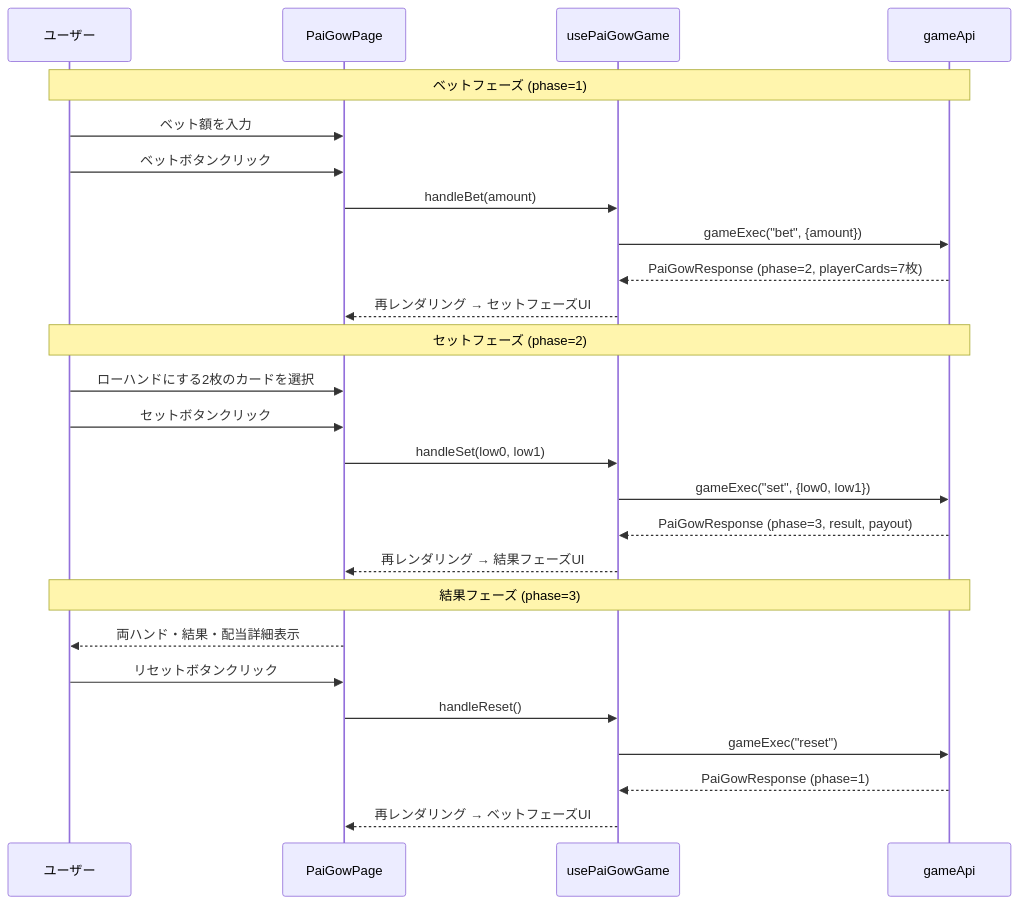
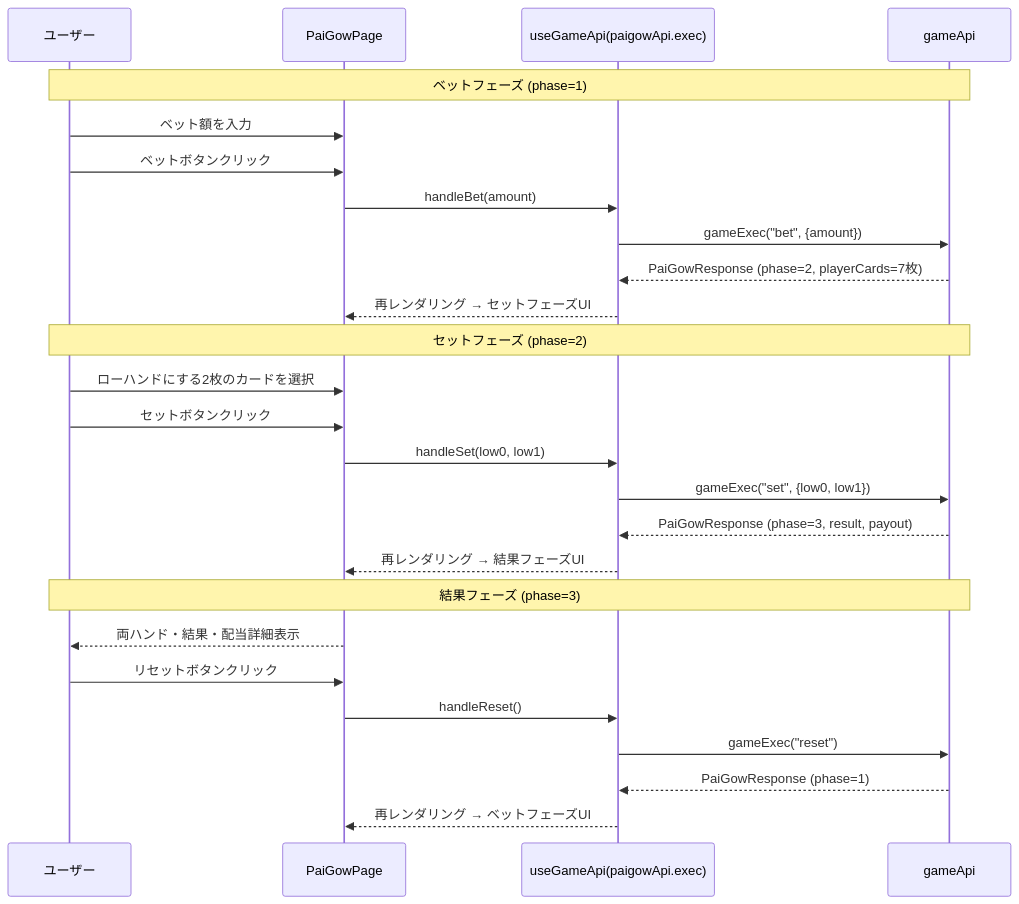
One commit to yuta-yoshinaga/go_trumpcards changed diagram 27 of 49 in docs/design/frontend.md. Above: the diagram before and after it, drawn with Mermaid. The commit also changed other lines of this file and 12 other files, not shown here.

````diff
--- a/docs/design/frontend.md
+++ b/docs/design/frontend.md
@@ -2692,31 +2652,31 @@
 ```mermaid
 sequenceDiagram
     participant User as ユーザー
     participant Page as PaiGowPage
-    participant Hook as usePaiGowGame
+    participant Hook as useGameApi(paigowApi.exec)
     participant API as gameApi
 
     Note over User,API: ベットフェーズ (phase=1)
     User->>Page: ベット額を入力
     User->>Page: ベットボタンクリック
     Page->>Hook: handleBet(amount)
     Hook->>API: gameExec("bet", {amount})
     API-->>Hook: PaiGowResponse (phase=2, playerCards=7枚)
     Hook-->>Page: 再レンダリング → セットフェーズUI
 
     Note over User,API: セットフェーズ (phase=2)
     User->>Page: ローハンドにする2枚のカードを選択
     User->>Page: セットボタンクリック
     Page->>Hook: handleSet(low0, low1)
     Hook->>API: gameExec("set", {low0, low1})
     API-->>Hook: PaiGowResponse (phase=3, result, payout)
     Hook-->>Page: 再レンダリング → 結果フェーズUI
 
     Note over User,API: 結果フェーズ (phase=3)
     Page-->>User: 両ハンド・結果・配当詳細表示
     User->>Page: リセットボタンクリック
     Page->>Hook: handleReset()
     Hook->>API: gameExec("reset")
     API-->>Hook: PaiGowResponse (phase=1)
     Hook-->>Page: 再レンダリング → ベットフェーズUI
 ```
````
